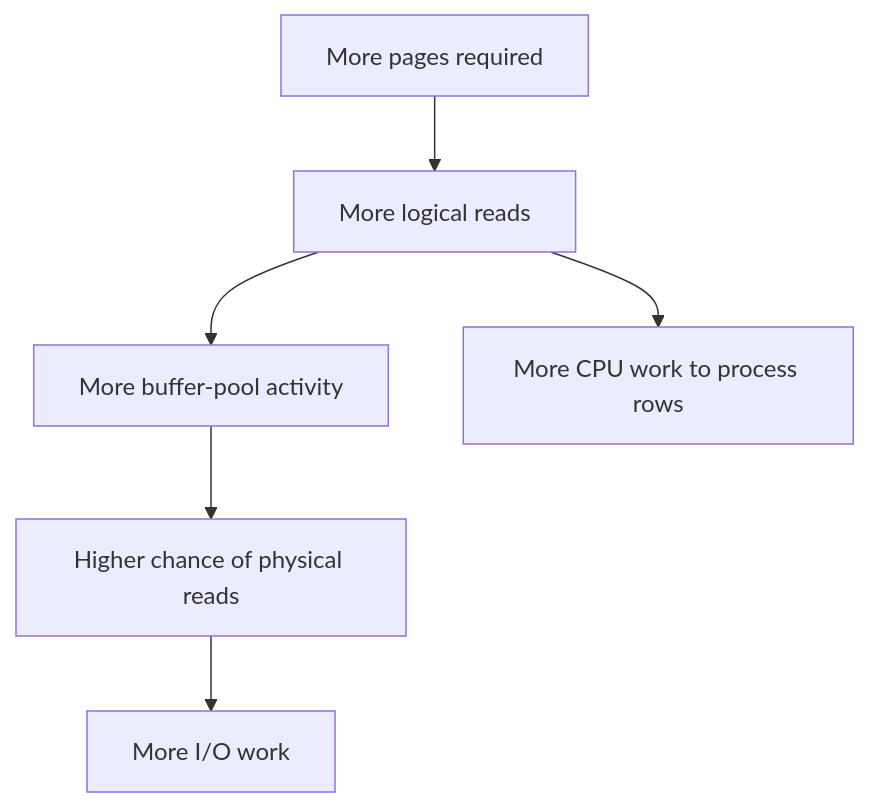
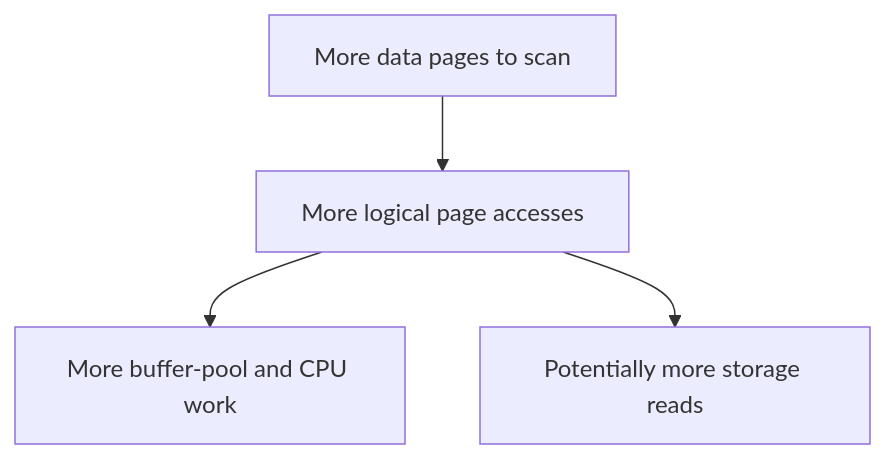
The ninth of 11 diagrams in labs/lab05-physical-storage.md (tjovic/database-design-labs-public), drawn with Mermaid before and after one commit. The commit also changed other lines of this file, not shown here.

````diff
--- a/labs/lab05-physical-storage.md
+++ b/labs/lab05-physical-storage.md
@@ -729,8 +622,6 @@
 ```mermaid
 flowchart TD
-    A[More pages required] --> B[More logical reads]
-    B --> C[More buffer-pool activity]
-    C --> D[Higher chance of physical reads]
-    D --> E[More I/O work]
-    B --> F[More CPU work to process rows]
+    A[More data pages to scan] --> B[More logical page accesses]
+    B --> C[More buffer-pool and CPU work]
+    B --> D[Potentially more storage reads]
 ```
````
